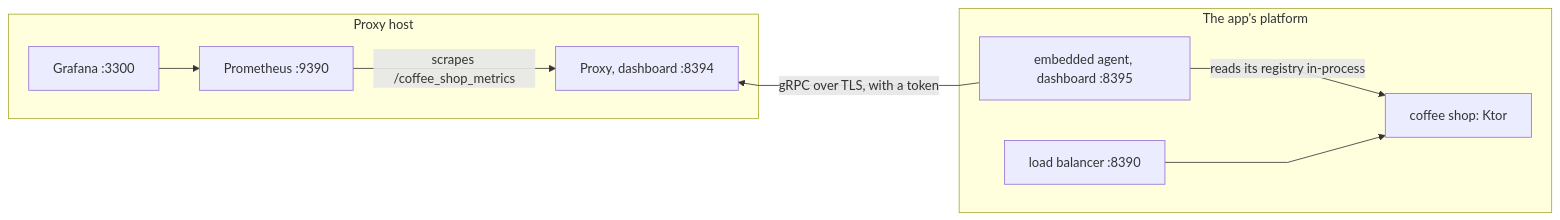
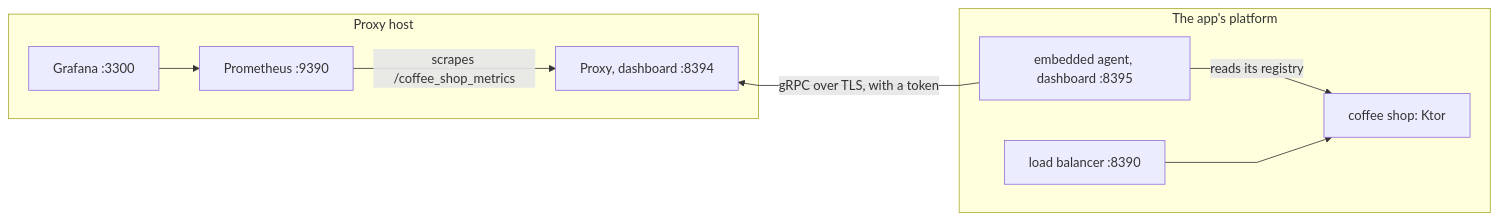
One commit to pambrose/prometheus-proxy changed the diagram in website/prometheus-proxy/docs/embedded-demo.md. Above: the diagram before and after it, drawn with Mermaid. The commit also changed 2 other files, not shown here.

Commit message:
Measure the diagrams' labels at the size they're drawn at, and shorten an Embedded Demo label (#529)
Mermaid measures each label in a scratch copy of the diagram on the page's body, whose own style sets the labels'
16px. Safari once measured them at the body's 11px instead, until a reload, which cut off the subgraphs' titles and
ran labels past their boxes on the demo pages. diagrams.css now sets 16px on the scratch copy itself.

The Embedded Demo's "reads its registry in-process" label was wider than the 200px Mermaid gives an edge label, in
every browser; it reads "reads its registry".

````diff
--- a/website/prometheus-proxy/docs/embedded-demo.md
+++ b/website/prometheus-proxy/docs/embedded-demo.md
@@ -12,23 +12,23 @@
 ``` mermaid
 %%{init: {'flowchart': {'curve': 'linear'}}}%%
 graph LR
   G[Grafana :3300] --> P[Prometheus :9390]
   P -->|scrapes /coffee_shop_metrics| Proxy[Proxy, dashboard :8394]
   %% The agent connects out to the proxy, so its arrow points back. The invisible link keeps the app to the right.
   Proxy ~~~ Agent
   Agent[embedded agent, dashboard :8395] -->|gRPC over TLS, with a token| Proxy
-  Agent -->|reads its registry in-process| App[coffee shop: Ktor]
+  Agent -->|reads its registry| App[coffee shop: Ktor]
   LB[load balancer :8390] --> App
 
   subgraph Proxy host
     G
     P
     Proxy
   end
 
   subgraph The app's platform
     LB
     Agent
     App
   end
 ```
````
